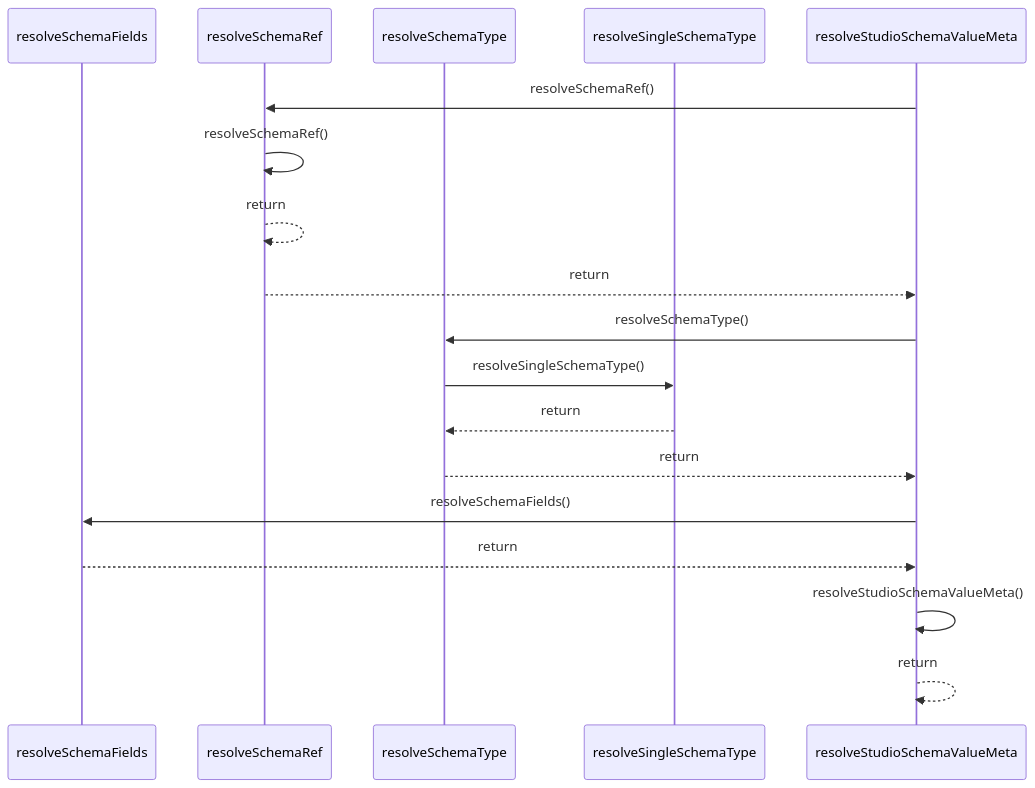
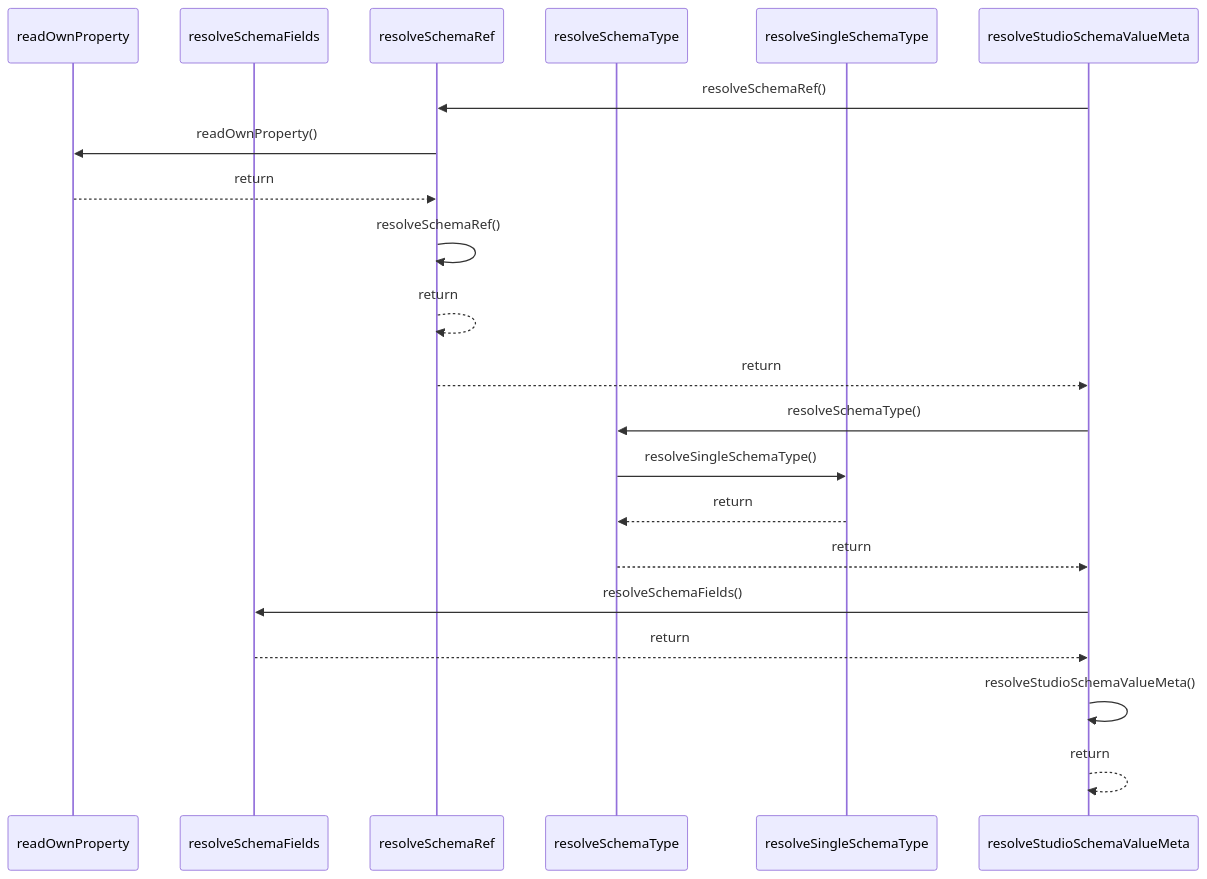
One commit to ankhorage/studio changed the diagram in paradox/diagrams/sequences/resolve-studio-schema-value-meta.mmd. Above: the diagram before and after it, drawn with Mermaid. The commit also changed 18 other files, not shown here.

```diff
--- a/paradox/diagrams/sequences/resolve-studio-schema-value-meta.mmd
+++ b/paradox/diagrams/sequences/resolve-studio-schema-value-meta.mmd
@@ -1,18 +1,21 @@
 sequenceDiagram
+  participant participant_readOwnProperty as readOwnProperty
   participant participant_resolveSchemaFields as resolveSchemaFields
   participant participant_resolveSchemaRef as resolveSchemaRef
   participant participant_resolveSchemaType as resolveSchemaType
   participant participant_resolveSingleSchemaType as resolveSingleSchemaType
   participant participant_resolveStudioSchemaValueMeta as resolveStudioSchemaValueMeta
   participant_resolveStudioSchemaValueMeta->>participant_resolveSchemaRef: resolveSchemaRef()
+  participant_resolveSchemaRef->>participant_readOwnProperty: readOwnProperty()
+  participant_readOwnProperty-->>participant_resolveSchemaRef: return
   participant_resolveSchemaRef->>participant_resolveSchemaRef: resolveSchemaRef()
   participant_resolveSchemaRef-->>participant_resolveSchemaRef: return
   participant_resolveSchemaRef-->>participant_resolveStudioSchemaValueMeta: return
   participant_resolveStudioSchemaValueMeta->>participant_resolveSchemaType: resolveSchemaType()
   participant_resolveSchemaType->>participant_resolveSingleSchemaType: resolveSingleSchemaType()
   participant_resolveSingleSchemaType-->>participant_resolveSchemaType: return
   participant_resolveSchemaType-->>participant_resolveStudioSchemaValueMeta: return
   participant_resolveStudioSchemaValueMeta->>participant_resolveSchemaFields: resolveSchemaFields()
   participant_resolveSchemaFields-->>participant_resolveStudioSchemaValueMeta: return
   participant_resolveStudioSchemaValueMeta->>participant_resolveStudioSchemaValueMeta: resolveStudioSchemaValueMeta()
   participant_resolveStudioSchemaValueMeta-->>participant_resolveStudioSchemaValueMeta: return
```
